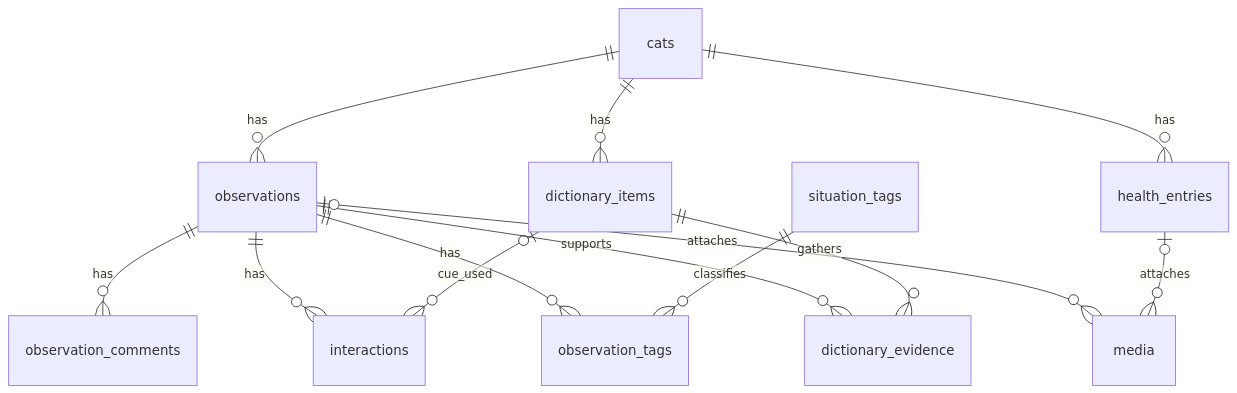
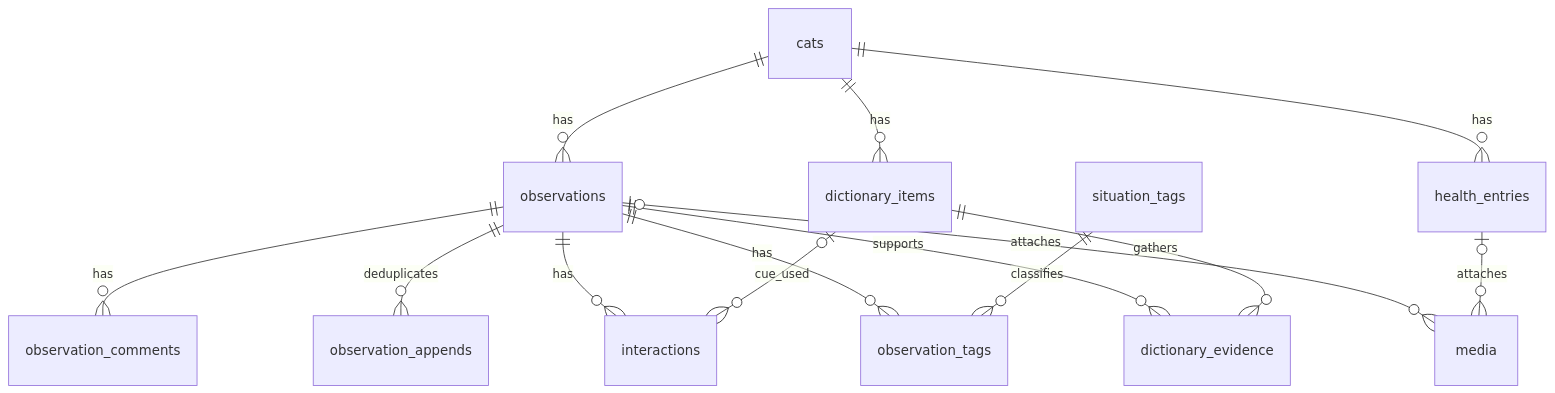
One commit to atsushi-ambo/project-meme changed the diagram in docs/design.md. Above: the diagram before and after it, drawn with Mermaid. The commit also changed other lines of this file and 18 other files, not shown here.

````diff
--- a/docs/design.md
+++ b/docs/design.md
@@ -117,15 +118,16 @@
 ```mermaid
 erDiagram
     cats ||--o{ observations : has
     cats ||--o{ health_entries : has
     cats ||--o{ dictionary_items : has
     observations ||--o{ observation_comments : has
+    observations ||--o{ observation_appends : deduplicates
     observations ||--o{ interactions : has
     dictionary_items o|--o{ interactions : cue_used
     observations ||--o{ observation_tags : has
     situation_tags ||--o{ observation_tags : classifies
     observations ||--o{ dictionary_evidence : supports
     dictionary_items ||--o{ dictionary_evidence : gathers
     observations o|--o{ media : attaches
     health_entries o|--o{ media : attaches
 ```
````
